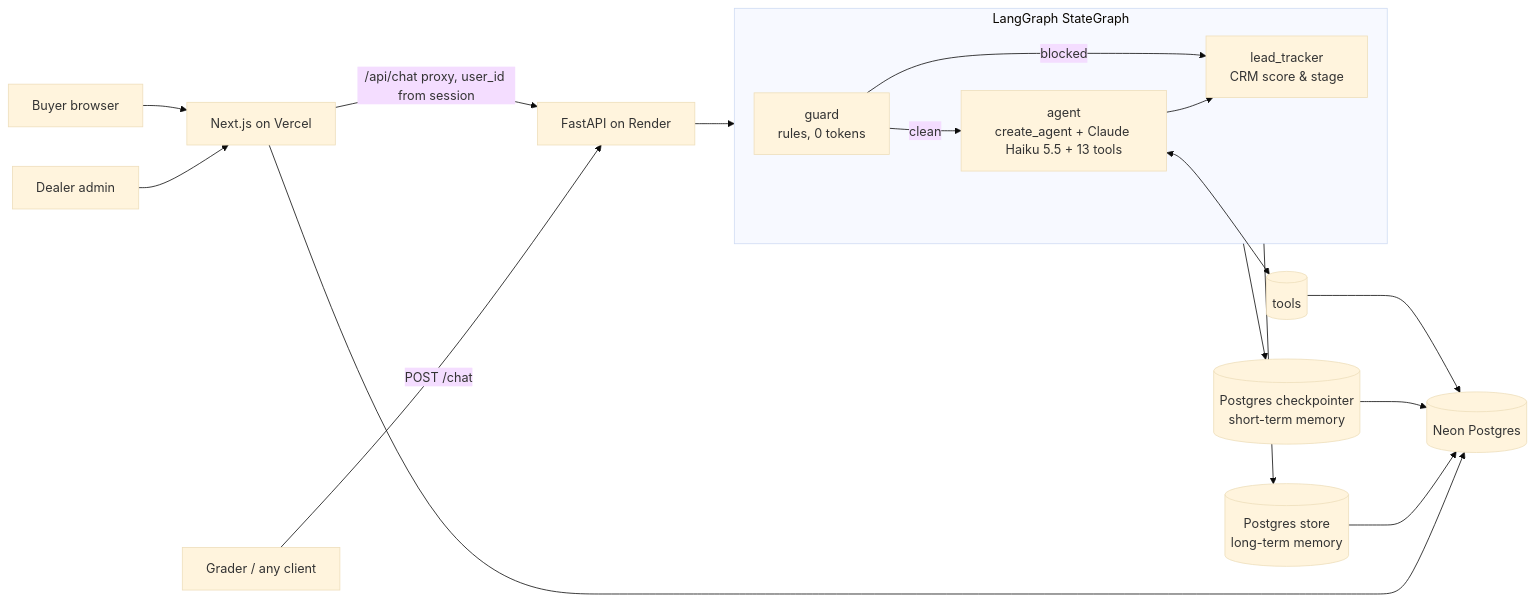
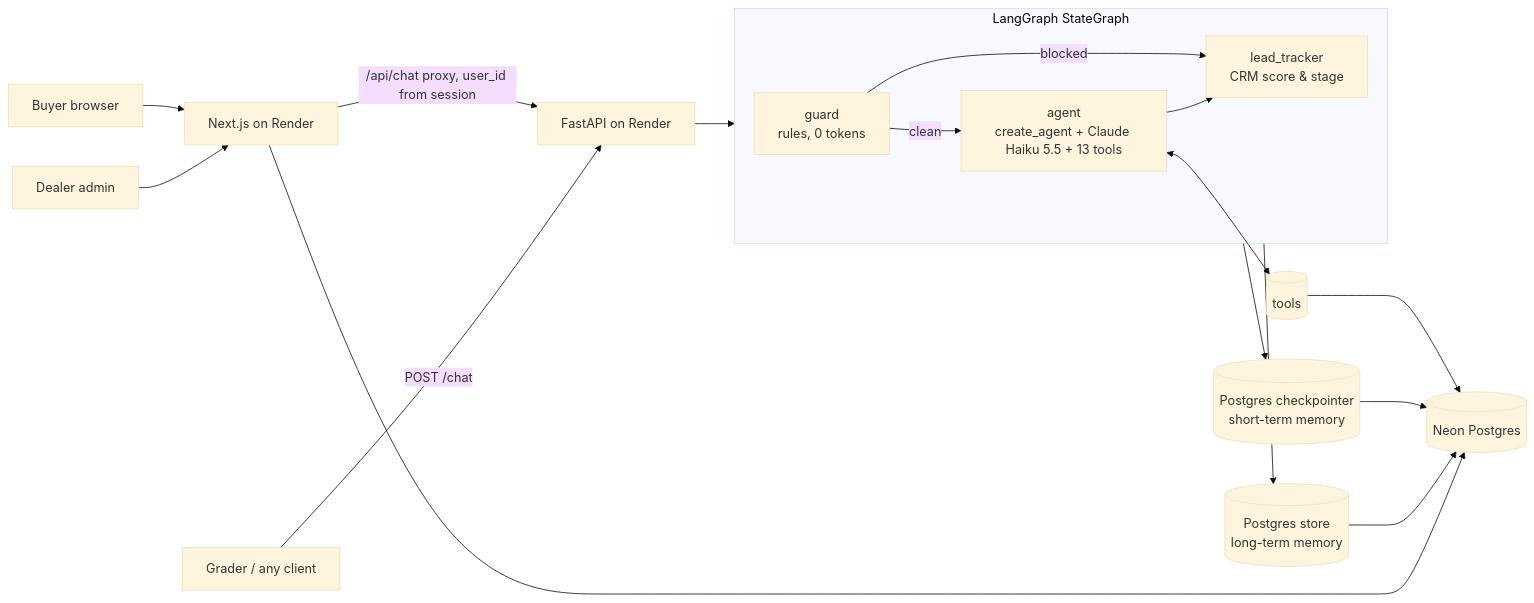
Before and after one commit to qasim-hafeez00/dealcloser: the diagram in README.md, drawn with Mermaid (base theme). The commit also changed other lines of this file and 2 other files, not shown here.

````diff
--- a/README.md
+++ b/README.md
@@ -20,20 +21,20 @@
 ```mermaid
 flowchart LR
-  U[Buyer browser] --> W[Next.js on Vercel]
+  U[Buyer browser] --> W[Next.js on Render]
   A[Dealer admin] --> W
   W -- /api/chat proxy, user_id from session --> API[FastAPI on Render]
   G[Grader / any client] -- POST /chat --> API
   API --> LG{{LangGraph}}
   subgraph LG [LangGraph StateGraph]
     GU[guard<br/>rules, 0 tokens] -->|clean| AG[agent<br/>create_agent + Claude Haiku 5.5 + 13 tools]
     GU -->|blocked| LT[lead_tracker<br/>CRM score & stage]
     AG --> LT
   end
   AG <--> T[(tools)]
   LG --> CP[(Postgres checkpointer<br/>short-term memory)]
   LG --> ST[(Postgres store<br/>long-term memory)]
   T --> DB[(Neon Postgres)]
   CP --> DB
   ST --> DB
   W --> DB
 ```
````
